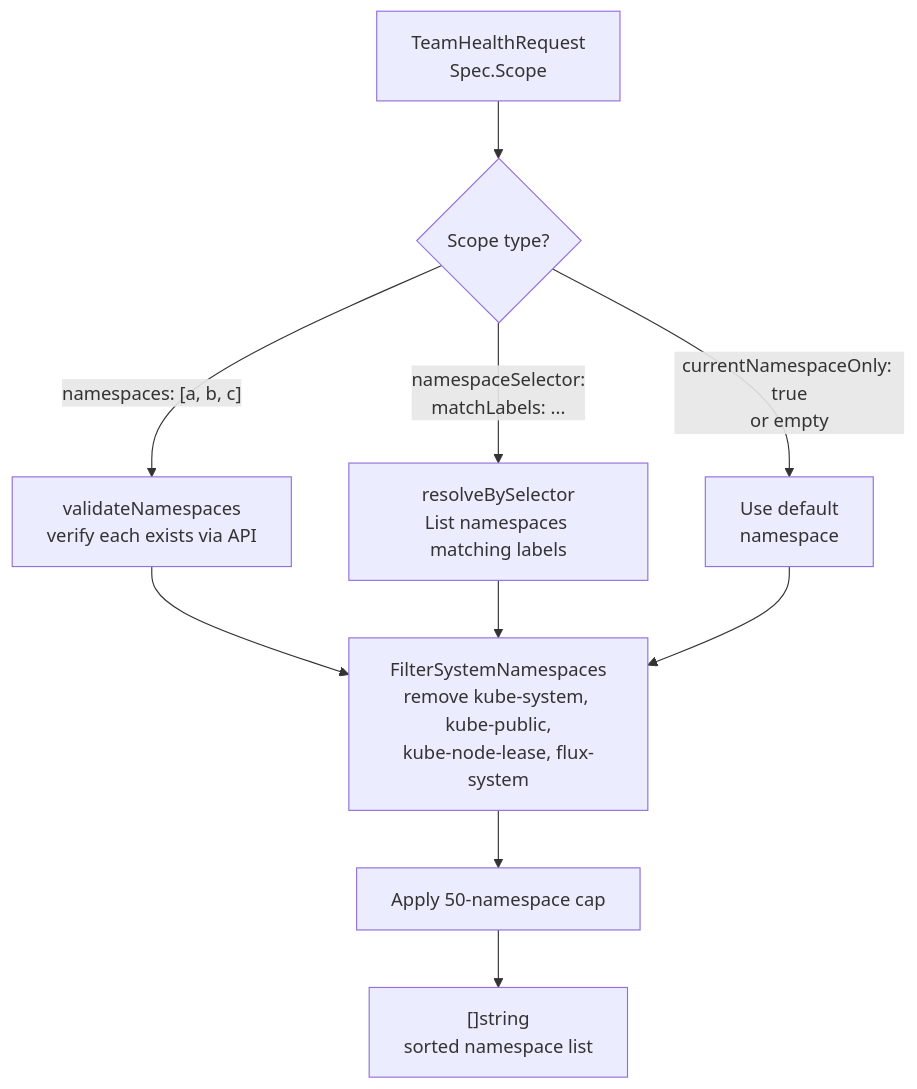
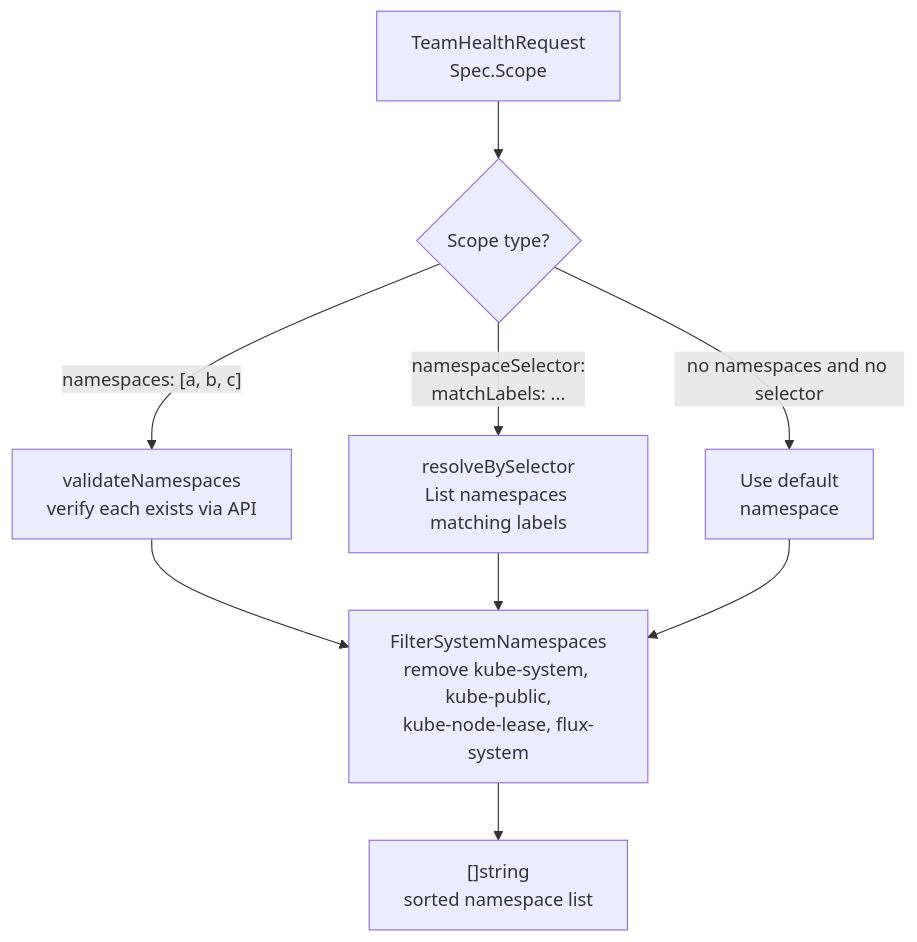
The sixth of 6 diagrams in docs/architecture/03-ai-dashboard-datasource.md (osagberg/kube-assist-operator), drawn with Mermaid before and after one commit. The commit also changed other lines of this file and 3 other files, not shown here.

Commit message:
docs: align README and architecture docs with NLQ and runtime AI config

````diff
--- a/docs/architecture/03-ai-dashboard-datasource.md
+++ b/docs/architecture/03-ai-dashboard-datasource.md
@@ -241,17 +250,16 @@
 ```mermaid
 flowchart TD
     Input["TeamHealthRequest<br/>Spec.Scope"]
 
     Input --> Check{"Scope type?"}
 
     Check -->|"namespaces: [a, b, c]"| Explicit["validateNamespaces<br/>verify each exists via API"]
     Check -->|"namespaceSelector:<br/>matchLabels: ..."| Selector["resolveBySelector<br/>List namespaces matching labels"]
-    Check -->|"currentNamespaceOnly: true<br/>or empty"| Default["Use default<br/>namespace"]
+    Check -->|"no namespaces and no selector"| Default["Use default<br/>namespace"]
 
     Explicit --> Filter["FilterSystemNamespaces<br/>remove kube-system, kube-public,<br/>kube-node-lease, flux-system"]
     Selector --> Filter
     Default --> Filter
 
-    Filter --> Cap["Apply 50-namespace cap"]
-    Cap --> Output["[]string<br/>sorted namespace list"]
+    Filter --> Output["[]string<br/>sorted namespace list"]
 ```
````
